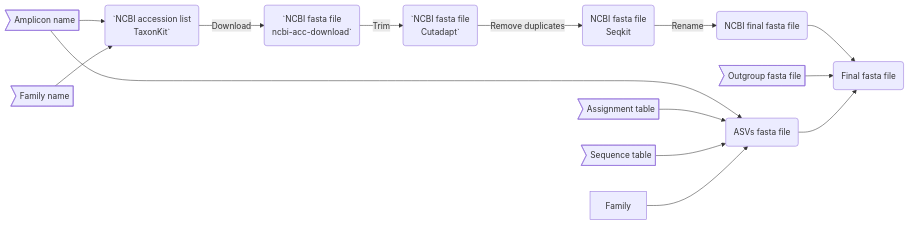
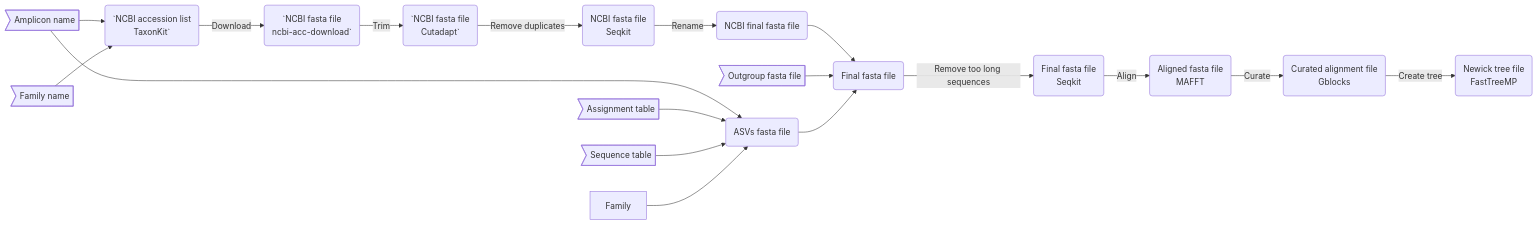
The diagram in README.md (Enorya/Phylo-tree_eDNA), drawn with Mermaid before and after one commit.

````diff
--- a/README.md
+++ b/README.md
@@ -24,25 +24,33 @@
 ```mermaid
 flowchart LR
 	amplicon>Amplicon name]
 	family>Family name]
 	Assign>Assignment table]
 	Seq>Sequence table]
 	Out>Outgroup fasta file]
 	step1(`NCBI accession list
 TaxonKit`)
 	step2(`NCBI fasta file
 ncbi-acc-download`)
 	step3(`NCBI fasta file
 Cutadapt`)
 	step4(NCBI fasta file
 Seqkit)
 	step5(NCBI final fasta file)
 	step6(ASVs fasta file)
 	step7(Final fasta file)
+	step8(Final fasta file
+Seqkit)
+	step9(Aligned fasta file
+MAFFT)
+	step10(Curated alignment file
+Gblocks)
+	step11(Newick tree file
+FastTreeMP)
 
 	amplicon --> step1 -->|Download| step2 -->|Trim| step3 -->|Remove duplicates| step4 -->|Rename| step5
 	family --> step1
 	amplicon & Assign & Seq & Family --> step6
-	step5 & Out & step6 --> step7
+	step5 & Out & step6 --> step7 -->|Remove too long sequences| step8 -->|Align| step9 -->|Curate| step10 -->|Create tree| step11
 
 ```
````
